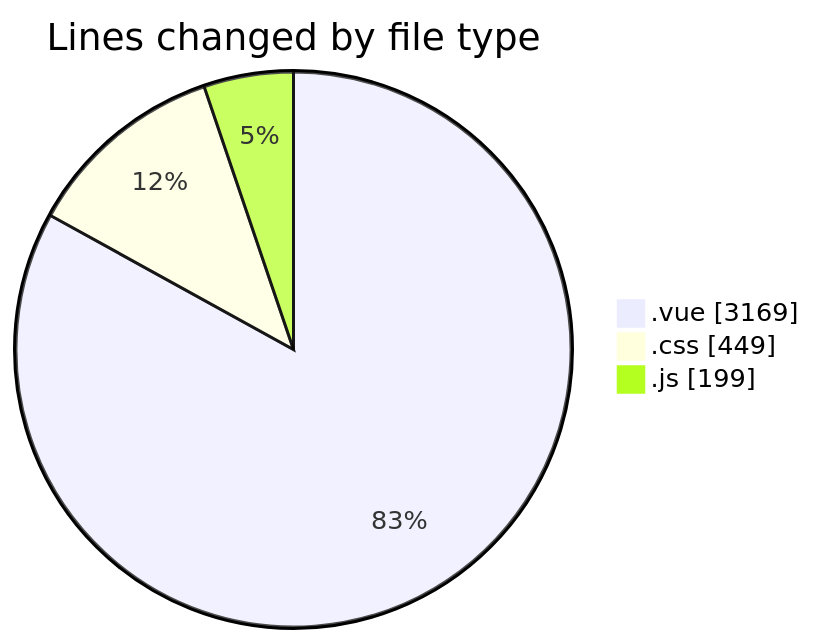
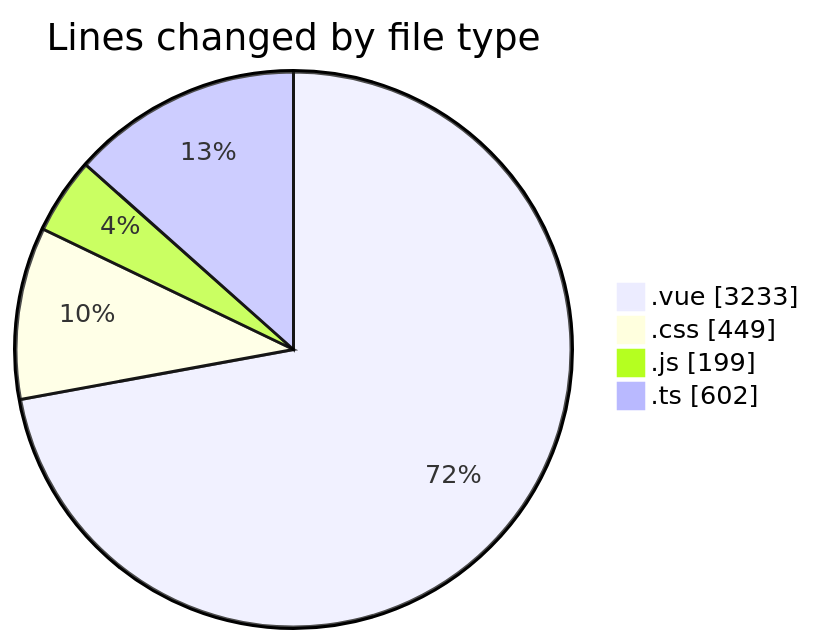
One commit to lephambinh05/code-tracking changed the first of 2 diagrams in 2025-08-10/rentotp/README.md. Above: the diagram before and after it, drawn with Mermaid. The commit also changed other lines of this file and 1 other file, not shown here.

````diff
--- a/2025-08-10/rentotp/README.md
+++ b/2025-08-10/rentotp/README.md
@@ -26,7 +28,8 @@
 ```mermaid
 pie showData
 title Lines changed by file type
-".vue" : 3169
+".vue" : 3233
 ".css" : 449
 ".js" : 199
+".ts" : 602
 ```
````
